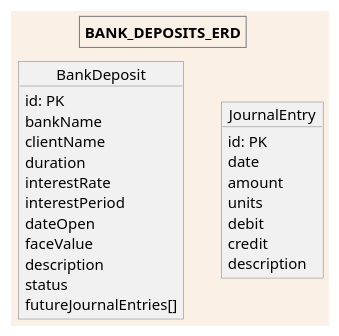
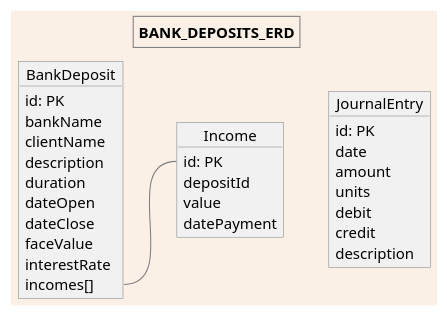
Before and after one commit to smdyan/depo24: the diagram in erd/deposits.puml, drawn with PlantUML. The commit also changed 12 other files, not shown here.

```diff
--- a/erd/deposits.puml
+++ b/erd/deposits.puml
@@ -1,41 +1,50 @@
 @startuml depo_erd
 'https://plantuml.com/object-diagram
 'Opt+D to Preview
 
 <style>
     document {
         BackGroundColor Linen
     }
     root {
         FontColor #?black:white
         LineColor gray
     }
 </style>
 
 title BANK_DEPOSITS_ERD
 
 object BankDeposit {
     id: PK
     bankName
     clientName
+    description
     duration
+    dateOpen
+    dateClose
+    faceValue
     interestRate
-    interestPeriod
-    dateOpen
-    faceValue
-    description
-    status
-    futureJournalEntries[]
+    incomes[]
+}
+
+object Income {
+    id: PK
+    depositId
+    value
+    datePayment
 }
 
 object JournalEntry {
     id: PK
     date
     amount
     units
     debit
     credit
     description
 }
 
+BankDeposit::income - Income::id
+
+
 @enduml
```
